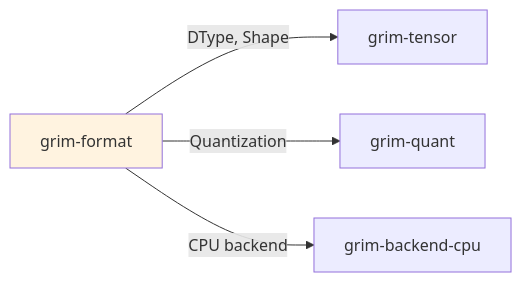
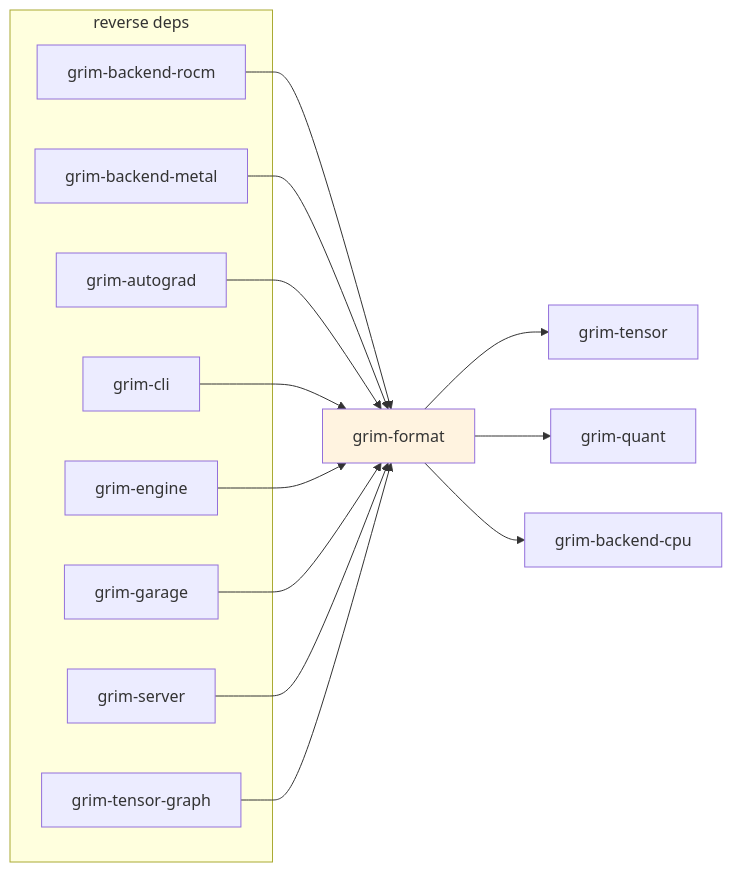
The diagram in crates/grim-format/README.md (sydonayrex/grim), drawn with Mermaid before and after one commit. The commit also changed other lines of this file and 55 other files, not shown here.

````diff
--- a/crates/grim-format/README.md
+++ b/crates/grim-format/README.md
@@ -17,8 +17,28 @@
 ```mermaid
 graph LR
-    A[grim-format] -->|DType, Shape| B[grim-tensor]
-    A -->|Quantization| C[grim-quant]
-    A -->|CPU backend| D[grim-backend-cpu]
-    
+    A[grim-format] --> B[grim-tensor]
+    A --> C[grim-quant]
+    A --> D[grim-backend-cpu]
+
+    subgraph "reverse deps"
+        E1[grim-backend-rocm]
+        E2[grim-backend-metal]
+        E3[grim-autograd]
+        E4[grim-cli]
+        E5[grim-engine]
+        E6[grim-garage]
+        E7[grim-server]
+        E8[grim-tensor-graph]
+    end
+
+    E1 --> A
+    E2 --> A
+    E3 --> A
+    E4 --> A
+    E5 --> A
+    E6 --> A
+    E7 --> A
+    E8 --> A
+
     style A fill:#fff3e0
 ```
````
